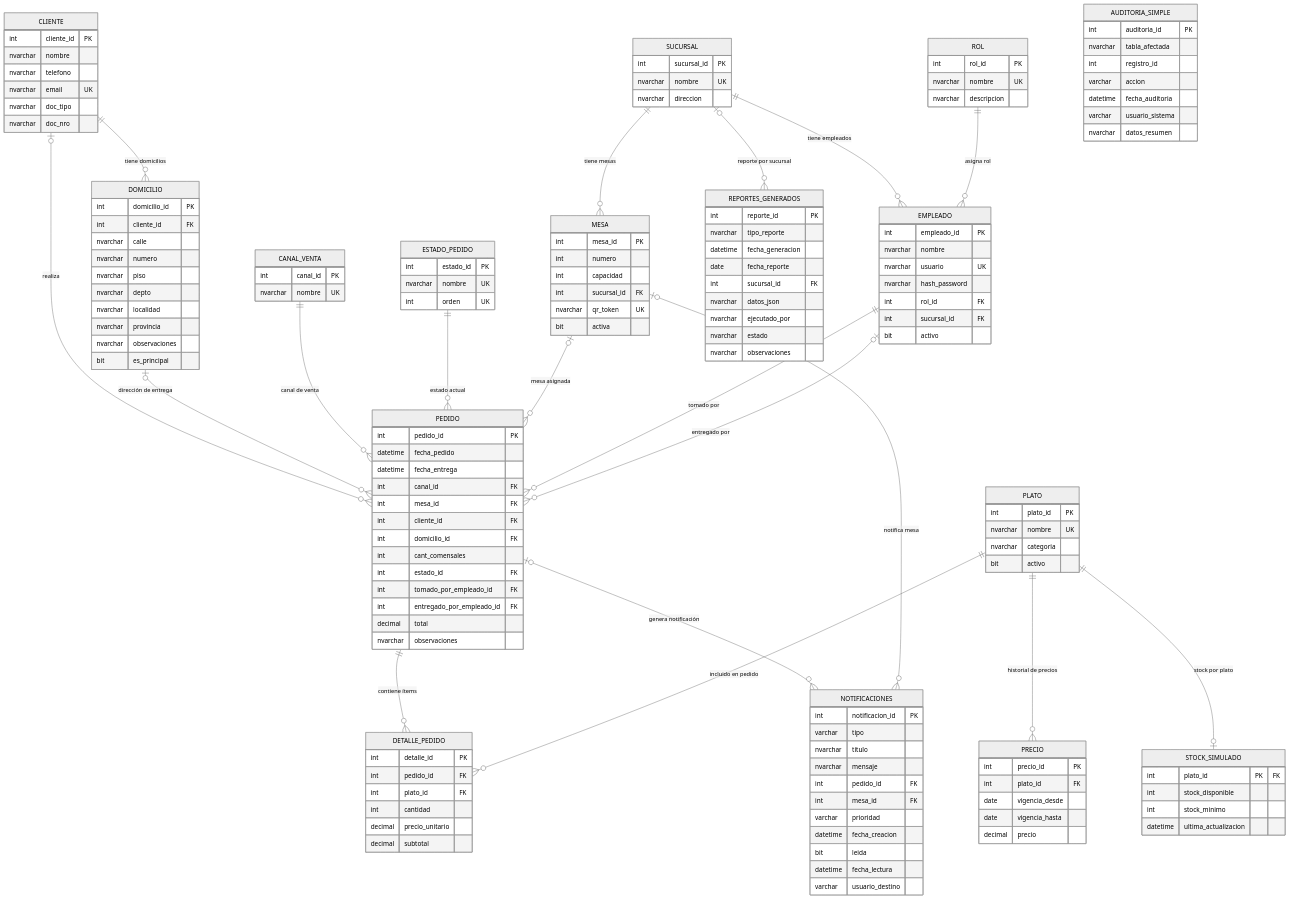
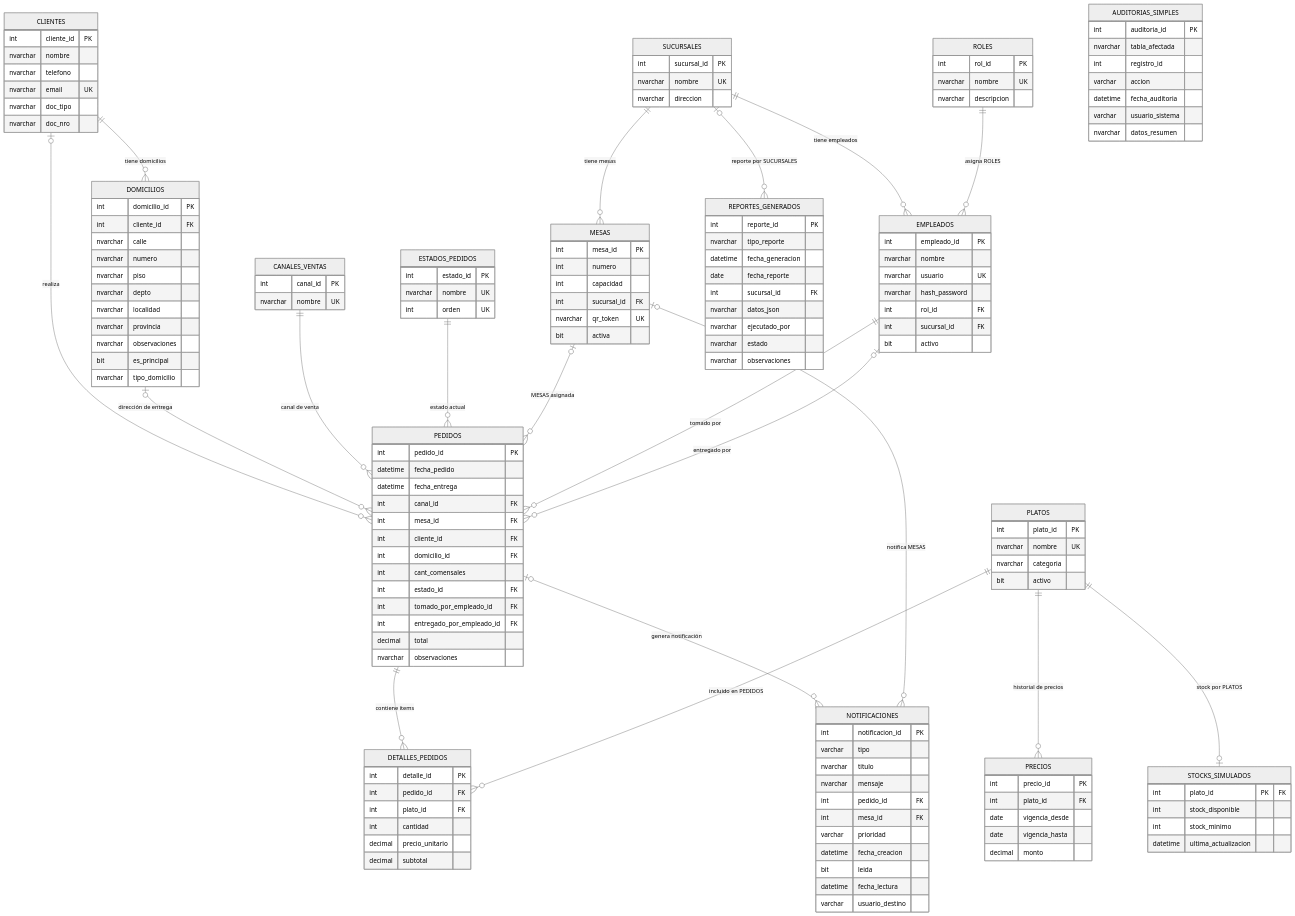
One commit to piaortiz/LaboBD_2026 changed the diagram in BodegonLinkEntrega/A - Documentacion Tecnica/05 - Modelo Entidad–Relación (DER).md. Above: the diagram before and after it, drawn with Mermaid (neutral theme). The commit also changed other lines of this file and 44 other files, not shown here.

````diff
--- a/BodegonLinkEntrega/A - Documentacion Tecnica/05 - Modelo Entidad–Relación (DER).md
+++ b/BodegonLinkEntrega/A - Documentacion Tecnica/05 - Modelo Entidad–Relación (DER).md
@@ -43,24 +43,24 @@
 
     %% ─── CATÁLOGOS ───────────────────────────────────────────
 
-    SUCURSAL {
+    SUCURSALES {
         int     sucursal_id  PK
         nvarchar nombre      UK
         nvarchar direccion
     }
 
-    CANAL_VENTA {
+    CANALES_VENTAS {
         int     canal_id  PK
         nvarchar nombre   UK
     }
 
-    ESTADO_PEDIDO {
+    ESTADOS_PEDIDOS {
         int     estado_id PK
         nvarchar nombre   UK
         int     orden     UK
     }
 
-    ROL {
+    ROLES {
         int     rol_id      PK
         nvarchar nombre     UK
         nvarchar descripcion
@@ -68,7 +68,7 @@
 
     %% ─── PERSONAL Y UBICACIÓN ────────────────────────────────
 
-    MESA {
+    MESAS {
         int     mesa_id     PK
         int     numero
         int     capacidad
@@ -77,7 +77,7 @@
         bit     activa
     }
 
-    EMPLEADO {
+    EMPLEADOS {
         int     empleado_id   PK
         nvarchar nombre
         nvarchar usuario      UK
@@ -89,7 +89,7 @@
 
     %% ─── CLIENTES Y DOMICILIOS ───────────────────────────────
 
-    CLIENTE {
+    CLIENTES {
         int     cliente_id PK
         nvarchar nombre
         nvarchar telefono
@@ -98,7 +98,7 @@
         nvarchar doc_nro
     }
 
-    DOMICILIO {
+    DOMICILIOS {
         int     domicilio_id  PK
         int     cliente_id    FK
         nvarchar calle
@@ -109,29 +109,30 @@
         nvarchar provincia
         nvarchar observaciones
         bit     es_principal
+        nvarchar tipo_domicilio
     }
 
     %% ─── PRODUCTOS Y PRECIOS ─────────────────────────────────
 
 
-    PLATO {
+    PLATOS {
         int     plato_id  PK
         nvarchar nombre   UK
         nvarchar categoria
         bit     activo
     }
 
-    PRECIO {
+    PRECIOS {
         int     precio_id      PK
         int     plato_id       FK
         date    vigencia_desde
         date    vigencia_hasta
-        decimal precio
+        decimal monto
     }
 
     %% ─── PEDIDOS ─────────────────────────────────────────────
 
-    PEDIDO {
+    PEDIDOS {
         int     pedido_id                 PK
         datetime fecha_pedido
         datetime fecha_entrega
@@ -147,7 +148,7 @@
         nvarchar observaciones
     }
 
-    DETALLE_PEDIDO {
+    DETALLES_PEDIDOS {
         int     detalle_id      PK
         int     pedido_id       FK
         int     plato_id        FK
@@ -157,11 +158,11 @@
     }
 
     %% ─── AUDITORÍA ───────────────────────────────────────────
-    %% Tabla AUDITORIA eliminada (v2.0) — se usa AUDITORIA_SIMPLE (Bundle E1)
+    %% Tabla AUDITORIA eliminada (v2.0) — se usa AUDITORIAS_SIMPLES (Bundle E1)
 
     %% ─── TABLAS AUXILIARES (Bundles E1, E2, R1) ──────────────
 
-    AUDITORIA_SIMPLE {
+    AUDITORIAS_SIMPLES {
         int      auditoria_id    PK
         nvarchar tabla_afectada
         int      registro_id
@@ -171,7 +172,7 @@
         nvarchar datos_resumen
     }
 
-    STOCK_SIMULADO {
+    STOCKS_SIMULADOS {
         int      plato_id             PK "FK"
         int      stock_disponible
         int      stock_minimo
@@ -206,29 +207,29 @@
 
     %% ─── RELACIONES ──────────────────────────────────────────
 
-    SUCURSAL      ||--o{ MESA      : "tiene mesas"
-    SUCURSAL      ||--o{ EMPLEADO  : "tiene empleados"
-    ROL           ||--o{ EMPLEADO  : "asigna rol"
+    SUCURSALES      ||--o{ MESAS      : "tiene mesas"
+    SUCURSALES      ||--o{ EMPLEADOS  : "tiene empleados"
+    ROLES           ||--o{ EMPLEADOS  : "asigna ROLES"
 
-    CLIENTE       ||--o{ DOMICILIO : "tiene domicilios"
-    CLIENTE       |o--o{ PEDIDO    : "realiza"
-    DOMICILIO     |o--o{ PEDIDO    : "dirección de entrega"
+    CLIENTES       ||--o{ DOMICILIOS : "tiene domicilios"
+    CLIENTES       |o--o{ PEDIDOS    : "realiza"
+    DOMICILIOS     |o--o{ PEDIDOS    : "dirección de entrega"
 
-    CANAL_VENTA   ||--o{ PEDIDO    : "canal de venta"
-    ESTADO_PEDIDO ||--o{ PEDIDO    : "estado actual"
-    MESA          |o--o{ PEDIDO    : "mesa asignada"
+    CANALES_VENTAS   ||--o{ PEDIDOS    : "canal de venta"
+    ESTADOS_PEDIDOS ||--o{ PEDIDOS    : "estado actual"
+    MESAS          |o--o{ PEDIDOS    : "MESAS asignada"
 
-    EMPLEADO      ||--o{ PEDIDO    : "tomado por"
-    EMPLEADO      |o--o{ PEDIDO    : "entregado por"
+    EMPLEADOS      ||--o{ PEDIDOS    : "tomado por"
+    EMPLEADOS      |o--o{ PEDIDOS    : "entregado por"
 
-    PEDIDO        ||--o{ DETALLE_PEDIDO : "contiene ítems"
+    PEDIDOS        ||--o{ DETALLES_PEDIDOS : "contiene ítems"
 
-    PLATO         ||--o{ DETALLE_PEDIDO : "incluido en pedido"
-    PLATO         ||--o{ PRECIO         : "historial de precios"
+    PLATOS         ||--o{ DETALLES_PEDIDOS : "incluido en PEDIDOS"
+    PLATOS         ||--o{ PRECIOS         : "historial de precios"
 
     %% Relaciones tablas auxiliares
-    PLATO           ||--o| STOCK_SIMULADO     : "stock por plato"
-    PEDIDO          |o--o{ NOTIFICACIONES     : "genera notificación"
-    MESA            |o--o{ NOTIFICACIONES     : "notifica mesa"
-    SUCURSAL        |o--o{ REPORTES_GENERADOS : "reporte por sucursal"
+    PLATOS           ||--o| STOCKS_SIMULADOS     : "stock por PLATOS"
+    PEDIDOS          |o--o{ NOTIFICACIONES     : "genera notificación"
+    MESAS            |o--o{ NOTIFICACIONES     : "notifica MESAS"
+    SUCURSALES        |o--o{ REPORTES_GENERADOS : "reporte por SUCURSALES"
 ```
````
